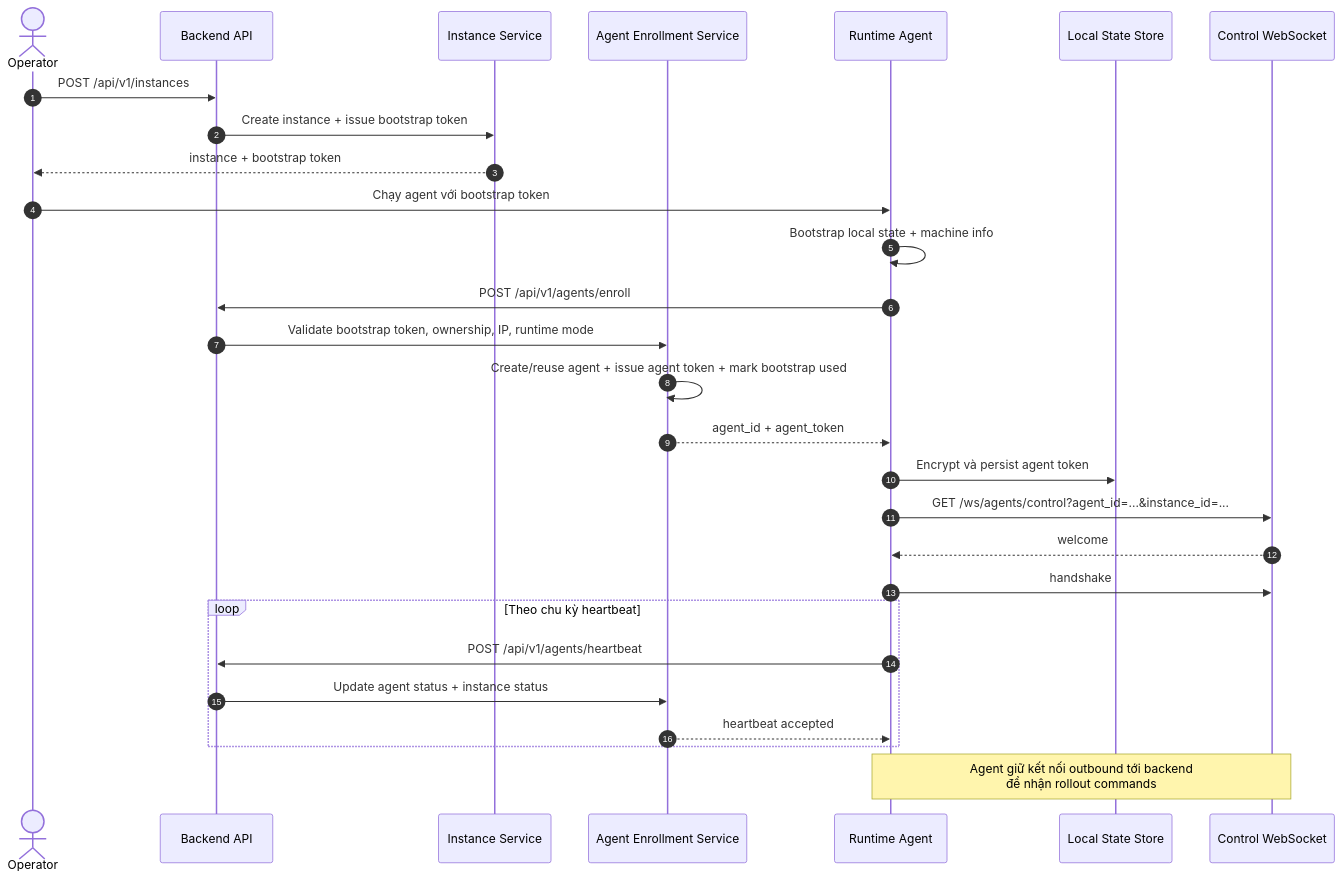
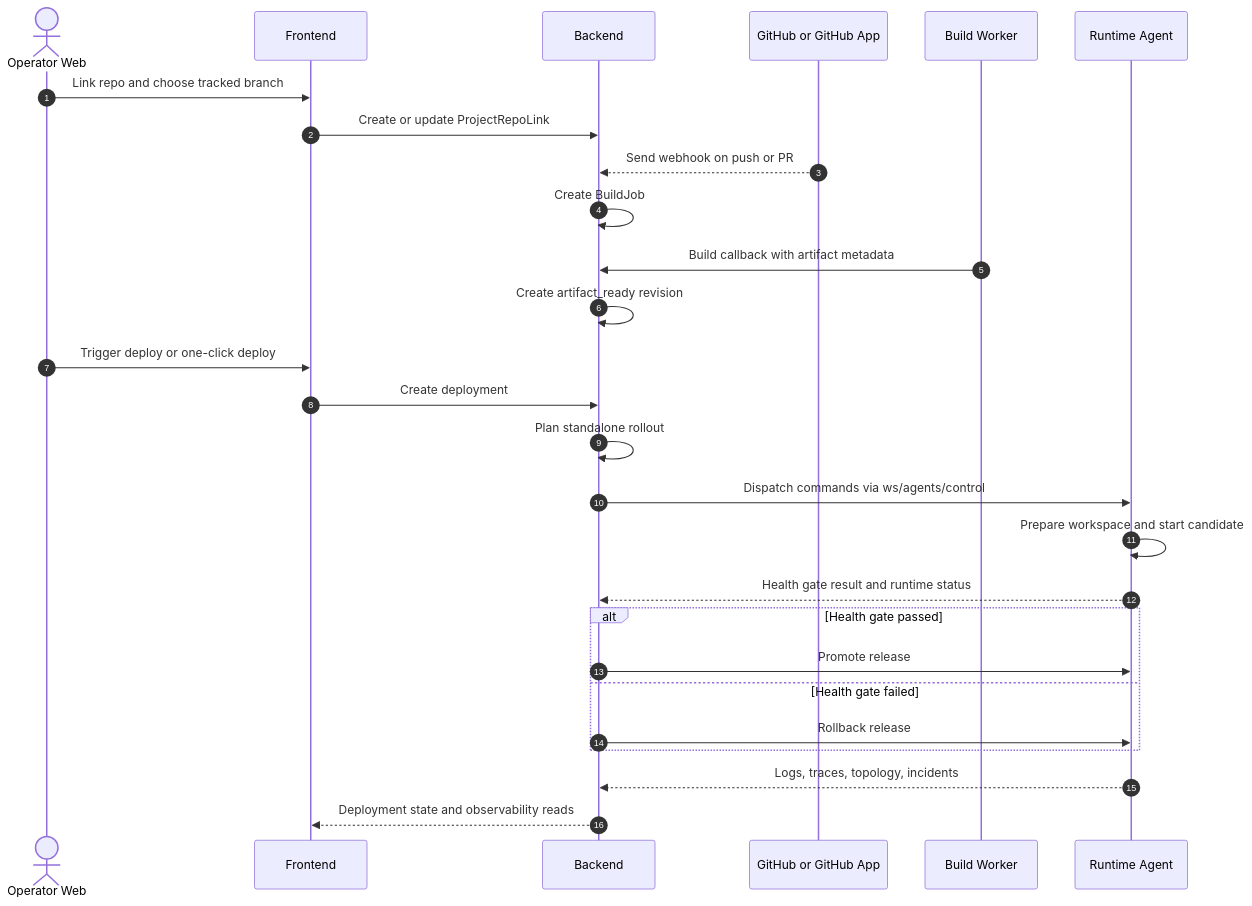
Before and after one commit to huutawn/lazyops: the fourth of 9 diagrams in docs/project-report-diagrams.md, drawn with Mermaid. The commit also changed other lines of this file and 3 other files, not shown here.

````diff
--- a/docs/project-report-diagrams.md
+++ b/docs/project-report-diagrams.md
@@ -475,35 +194,32 @@
 ```mermaid
 sequenceDiagram
     autonumber
-    actor O as Operator
-    participant API as Backend API
-    participant INS as Instance Service
-    participant ENR as Agent Enrollment Service
+    actor O as Operator Web
+    participant FE as Frontend
+    participant BE as Backend
+    participant GH as GitHub or GitHub App
+    participant BW as Build Worker
     participant AG as Runtime Agent
-    participant ST as Local State Store
-    participant WS as Control WebSocket
 
-    O->>API: POST /api/v1/instances
-    API->>INS: Create instance + issue bootstrap token
-    INS-->>O: instance + bootstrap token
+    O->>FE: Link repo and choose tracked branch
+    FE->>BE: Create or update ProjectRepoLink
+    GH-->>BE: Send webhook on push or PR
+    BE->>BE: Create BuildJob
+    BW->>BE: Build callback with artifact metadata
+    BE->>BE: Create artifact_ready revision
+    O->>FE: Trigger deploy or one-click deploy
+    FE->>BE: Create deployment
+    BE->>BE: Plan standalone rollout
+    BE->>AG: Dispatch commands via ws/agents/control
+    AG->>AG: Prepare workspace and start candidate
+    AG-->>BE: Health gate result and runtime status
 
-    O->>AG: Chạy agent với bootstrap token
-    AG->>AG: Bootstrap local state + machine info
-    AG->>API: POST /api/v1/agents/enroll
-    API->>ENR: Validate bootstrap token, ownership, IP, runtime mode
-    ENR->>ENR: Create/reuse agent + issue agent token + mark bootstrap used
-    ENR-->>AG: agent_id + agent_token
-
-    AG->>ST: Encrypt và persist agent token
-    AG->>WS: GET /ws/agents/control?agent_id=...&instance_id=...
-    WS-->>AG: welcome
-    AG->>WS: handshake
-
-    loop Theo chu kỳ heartbeat
-        AG->>API: POST /api/v1/agents/heartbeat
-        API->>ENR: Update agent status + instance status
-        ENR-->>AG: heartbeat accepted
+    alt Health gate passed
+        BE->>AG: Promote release
+    else Health gate failed
+        BE->>AG: Rollback release
     end
 
-    Note over AG,WS: Agent giữ kết nối outbound tới backend<br/>để nhận rollout commands
+    AG-->>BE: Logs, traces, topology, incidents
+    BE-->>FE: Deployment state and observability reads
 ```
````
